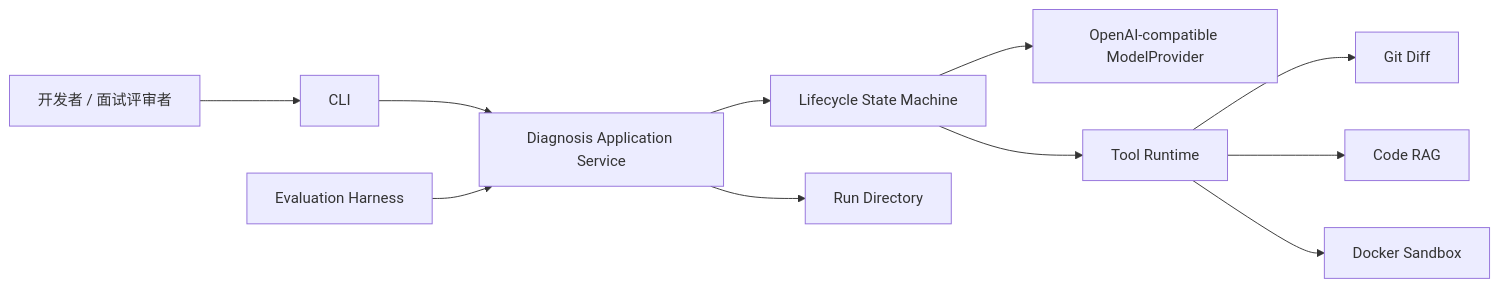
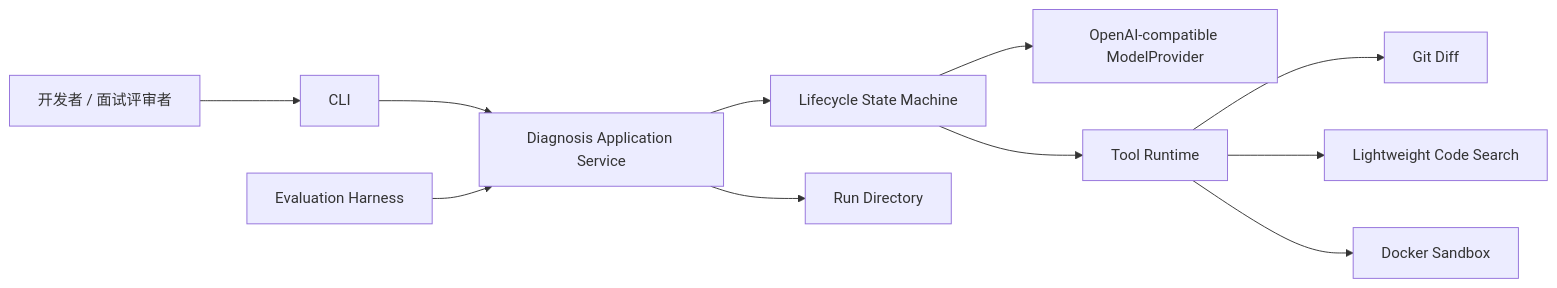
Before and after one commit to N1rv2na/CodeRCA-agent: the first of 2 diagrams in docs/design.md, drawn with Mermaid. The commit also changed other lines of this file and 15 other files, not shown here.

Commit message:
docs: adopt lightweight code search for MVP

````diff
--- a/docs/design.md
+++ b/docs/design.md
@@ -96,13 +96,13 @@
 ```mermaid
 flowchart LR
     User[开发者 / 面试评审者] --> CLI[CLI]
     CLI --> App[Diagnosis Application Service]
     Eval[Evaluation Harness] --> App
     App --> Agent[Lifecycle State Machine]
     Agent --> Model[OpenAI-compatible ModelProvider]
     Agent --> Runtime[Tool Runtime]
     Runtime --> Diff[Git Diff]
-    Runtime --> Retrieval[Code RAG]
+    Runtime --> Search[Lightweight Code Search]
     Runtime --> Sandbox[Docker Sandbox]
     App --> Runs[Run Directory]
 ```
````
